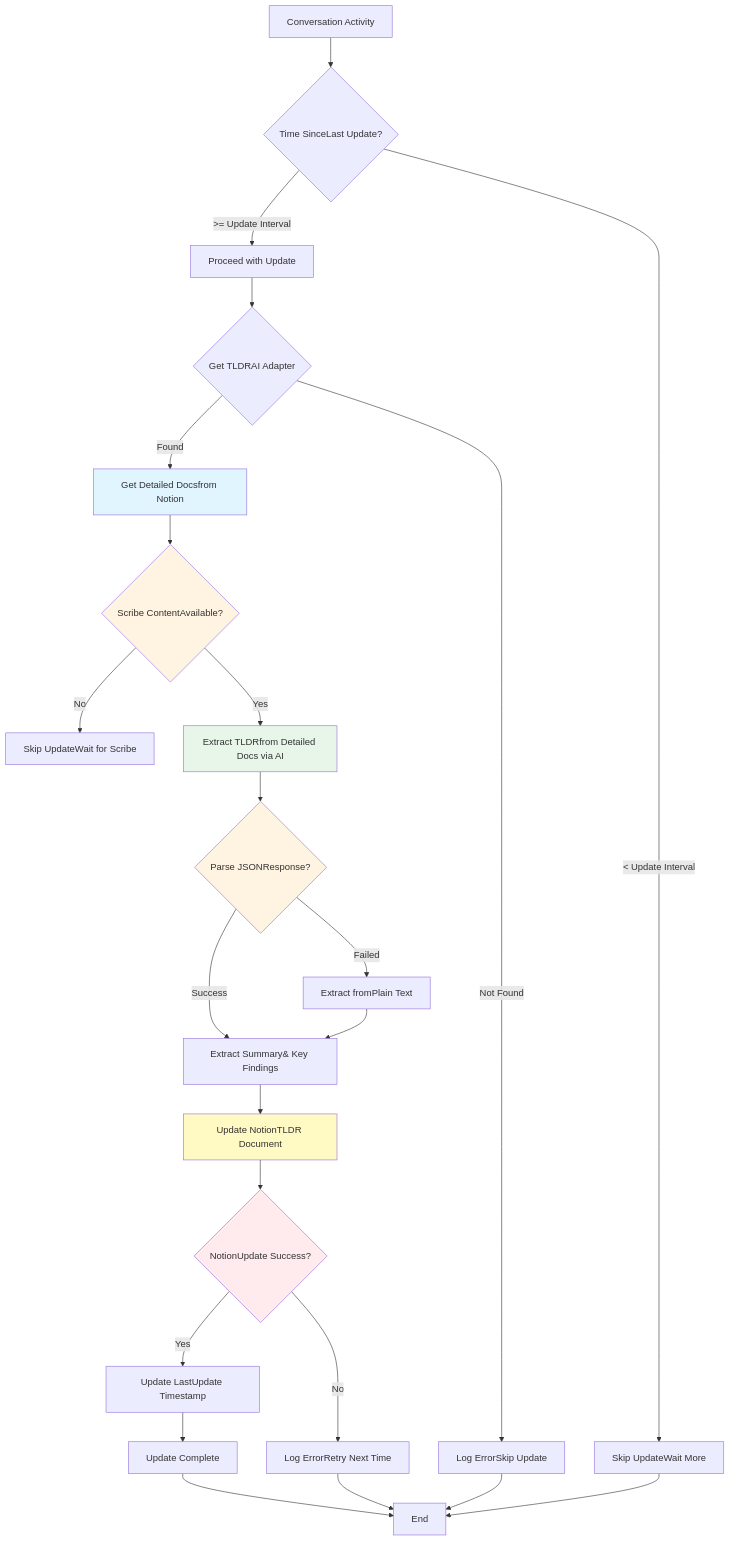
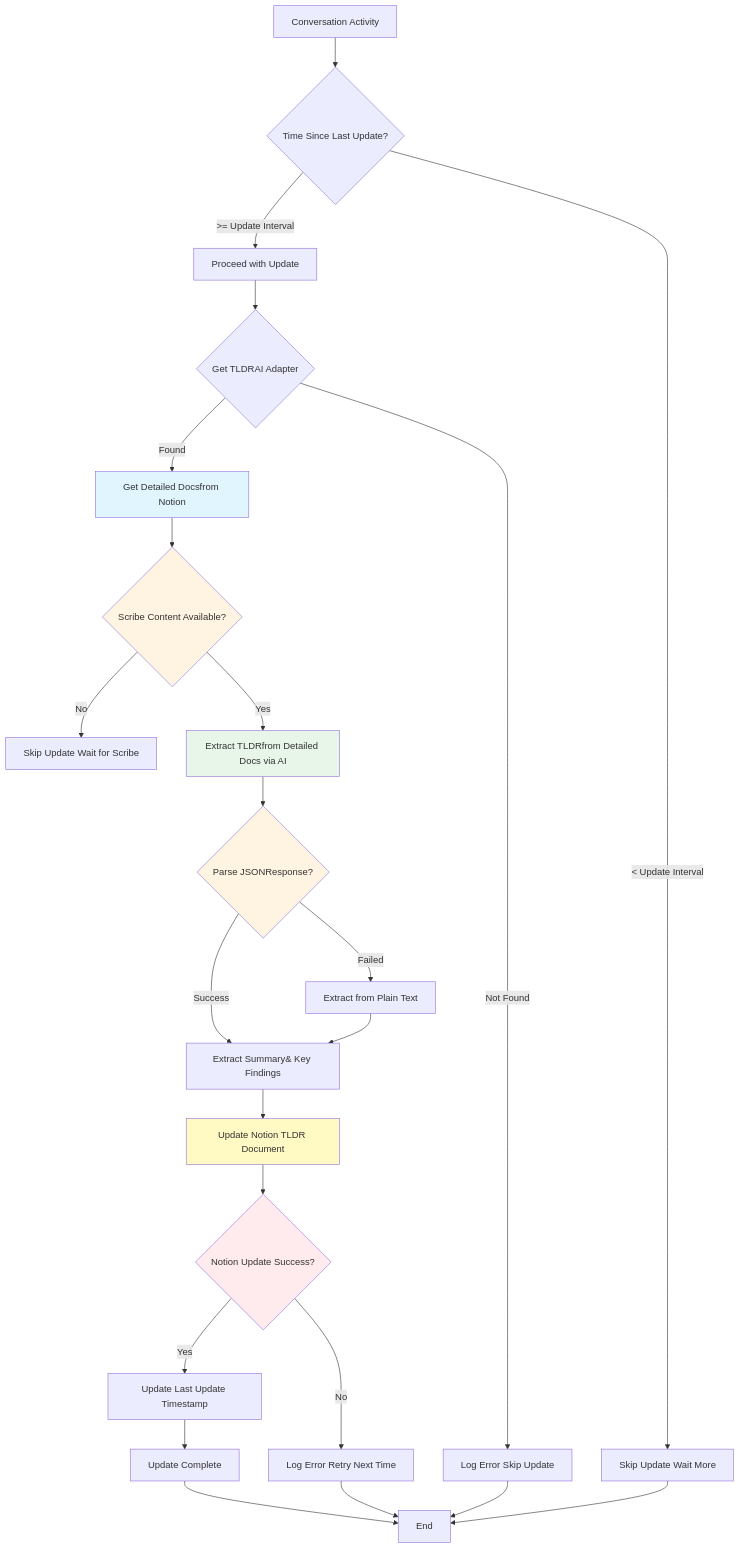
Before and after one commit to jak-pan/super-brainstorm-bot: the eighth of 16 diagrams in ARCHITECTURE.md, drawn with Mermaid. The commit also changed other lines of this file, not shown here.

Commit message:
Fix: Add missing spaces in Mermaid diagram labels after br tag removal

````diff
--- a/ARCHITECTURE.md
+++ b/ARCHITECTURE.md
@@ -537,38 +537,38 @@
 ```mermaid
 flowchart TD
-    Start[Conversation Activity] --> CheckInterval{Time SinceLast Update?}
+    Start[Conversation Activity] --> CheckInterval{Time Since Last Update?}
     CheckInterval -->|>= Update Interval| Proceed[Proceed with Update]
-    CheckInterval -->|< Update Interval| Skip[Skip UpdateWait More]
+    CheckInterval -->|< Update Interval| Skip[Skip Update Wait More]
     
     Proceed --> GetAdapter{Get TLDRAI Adapter}
     GetAdapter -->|Found| GetScribeContent[Get Detailed Docsfrom Notion]
-    GetAdapter -->|Not Found| LogError[Log ErrorSkip Update]
+    GetAdapter -->|Not Found| LogError[Log Error Skip Update]
     
-    GetScribeContent --> CheckContent{Scribe ContentAvailable?}
-    CheckContent -->|No| SkipUpdate[Skip UpdateWait for Scribe]
+    GetScribeContent --> CheckContent{Scribe Content Available?}
+    CheckContent -->|No| SkipUpdate[Skip Update Wait for Scribe]
     CheckContent -->|Yes| Generate[Extract TLDRfrom Detailed Docs via AI]
     Generate --> ParseJSON{Parse JSONResponse?}
     
     ParseJSON -->|Success| Extract[Extract Summary& Key Findings]
-    ParseJSON -->|Failed| ParseText[Extract fromPlain Text]
+    ParseJSON -->|Failed| ParseText[Extract from Plain Text]
     
     ParseText --> Extract
-    Extract --> UpdateNotion[Update NotionTLDR Document]
+    Extract --> UpdateNotion[Update Notion TLDR Document]
     
-    UpdateNotion --> CheckSuccess{NotionUpdate Success?}
-    CheckSuccess -->|Yes| UpdateTimestamp[Update LastUpdate Timestamp]
-    CheckSuccess -->|No| LogNotionError[Log ErrorRetry Next Time]
+    UpdateNotion --> CheckSuccess{Notion Update Success?}
+    CheckSuccess -->|Yes| UpdateTimestamp[Update Last Update Timestamp]
+    CheckSuccess -->|No| LogNotionError[Log Error Retry Next Time]
     
     UpdateTimestamp --> Complete[Update Complete]
     LogError --> End[End]
     LogNotionError --> End
     Skip --> End
     Complete --> End
     
     style GetScribeContent fill:#e1f5ff
     style CheckContent fill:#fff4e1
     style Generate fill:#e8f5e9
     style UpdateNotion fill:#fff9c4
     style CheckSuccess fill:#ffebee
     style ParseJSON fill:#fff4e1
 ```
````
